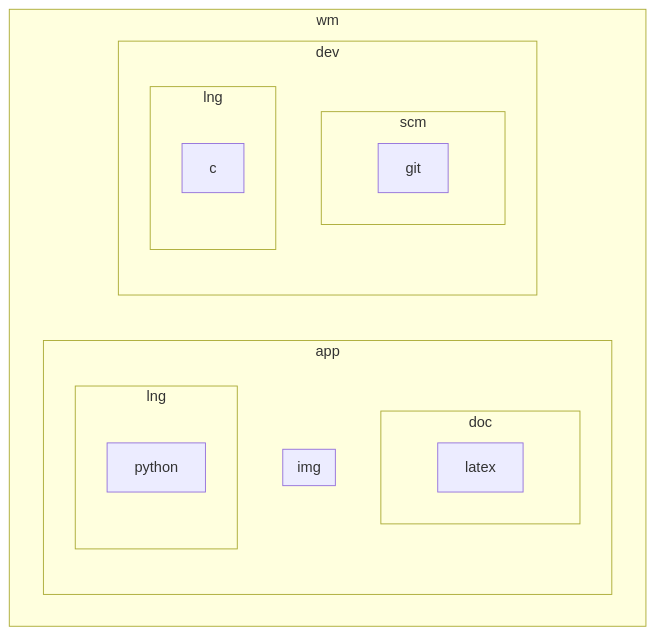
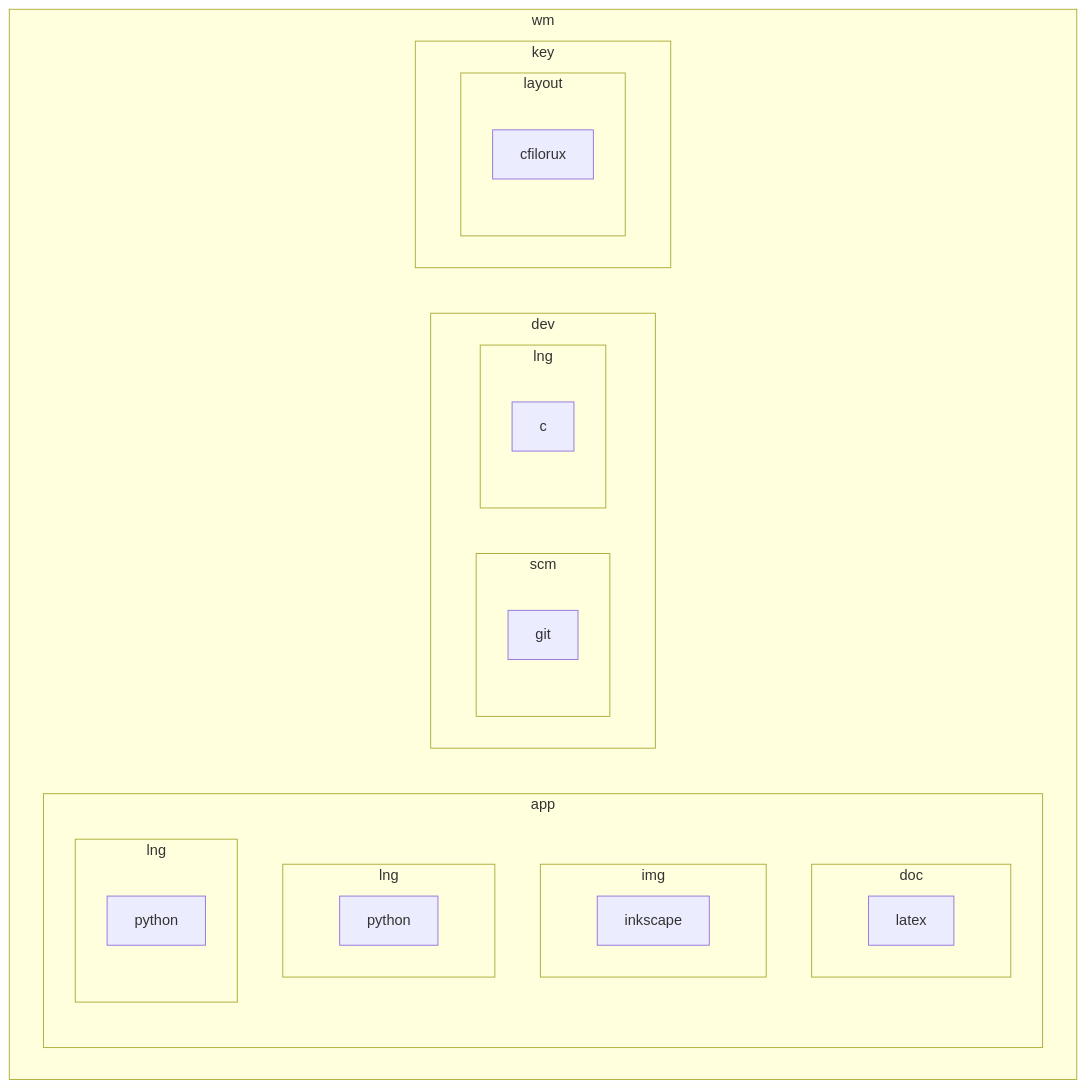
Before and after one commit to wenuam/.github: the diagram in README.md, drawn with Mermaid.

````diff
--- a/README.md
+++ b/README.md
@@ -9,34 +9,54 @@
 ```mermaid
 flowchart TD
 	subgraph wm[wm]
 		subgraph wm_app[app]
 			subgraph wm_app_doc[doc]
 				wm_app_doc_latex[latex]
 			end
 			subgraph wm_app_img[img]
+				wm_app_img_inkscape[inkscape]
 			end
 			subgraph wm_app_lng[lng]
 				wm_app_lng_python[python]
 			end
+			subgraph wm_app_sys[lng]
+				wm_app_sys_python[python]
+			end
 		end
 		subgraph wm_dev[dev]
+			direction LR
 			subgraph wm_dev_scm[scm]
 				wm_dev_scm_git[git]
 			end
 			subgraph wm_dev_lng[lng]
 				wm_dev_lng_c[c]
+			end
+		end
+		subgraph wm_key[key]
+			direction LR
+			subgraph wm_key_layout[layout]
+				wm_key_layout_cfilorux[cfilorux]
 			end
 		end
 	end
 
 	click wm "https://github.com/wenuam" _blank
 
 	click wm_app "./wm_app" _blank
 	click wm_app_doc "./wm_app_doc" _blank
 	click wm_app_doc_latex "./wm_app_doc_latex" _blank
+	click wm_app_img "./wm_app_img" _blank
+	click wm_app_img_inkscape "./wm_app_img_inkscape" _blank
+	click wm_app_lng "./wm_app_lng" _blank
+	click wm_app_lng_python "./wm_app_lng_python" _blank
 
-	click wm_lng_c "./wm_lng_c" _blank
-	click wm_lng_python "./wm_lng_python" _blank
+	click wm_dev "./wm_dev" _blank
+	click wm_dev_scm "./wm_dev_scm" _blank
+	click wm_dev_scm_git "./wm_dev_scm_git" _blank
+	click wm_dev_lng "./wm_dev_lng" _blank
+	click wm_dev_lng_c "./wm_dev_lng_c" _blank
 
-	click wm_dev_scm_git "./wm_dev_scm_git" _blank
+	click wm_key "./wm_key" _blank
+	click wm_key_layout "./wm_key_layout" _blank
+	click wm_key_layout_cfilorux "./wm_key_layout_cfilorux" _blank
 ```
````
